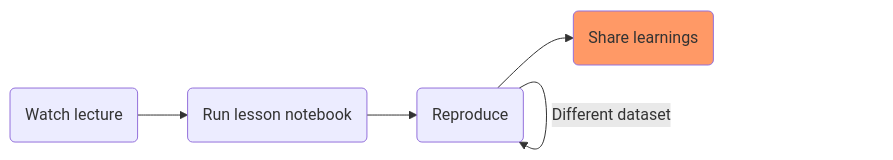
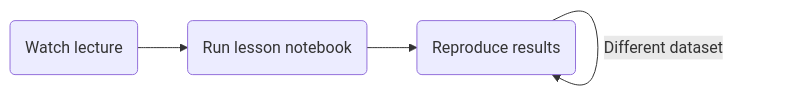
One commit to fredguth/ffc changed the diagram in nbs/blog/posts/2022-10-11/index.qmd. Above: the diagram before and after it, drawn with Mermaid. The commit also changed other lines of this file and 2 other files, not shown here.

````diff
--- a/nbs/blog/posts/2022-10-11/index.qmd
+++ b/nbs/blog/posts/2022-10-11/index.qmd
@@ -74,10 +85,6 @@
 ```{mermaid}
 flowchart LR
   A(Watch lecture) --> B(Run lesson notebook)
-  B --> C(Reproduce)
+  B --> C(Reproduce results)
   C --Different dataset--> C
-  C --> D(Share learnings)
-  D:::someclass
-  classDef someclass fill:#f96;
-
 ```
````
